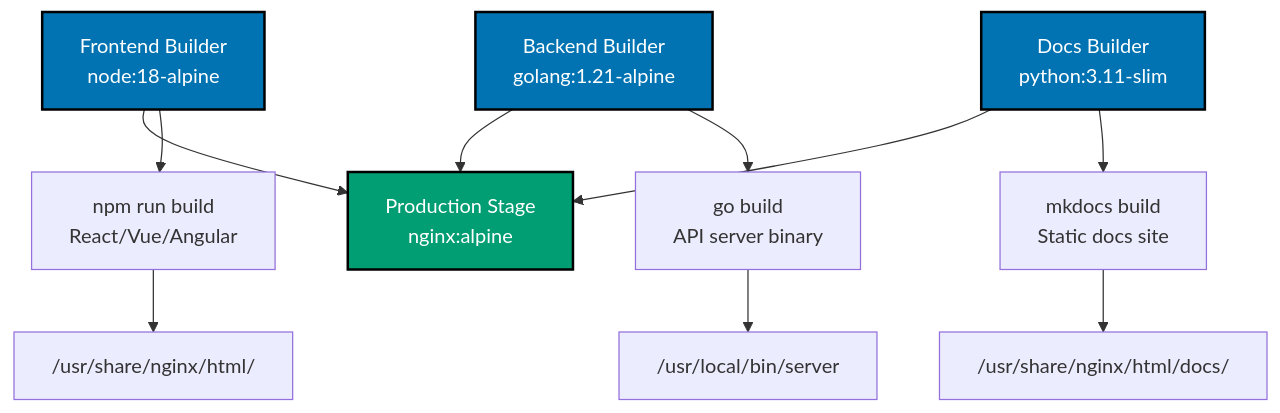
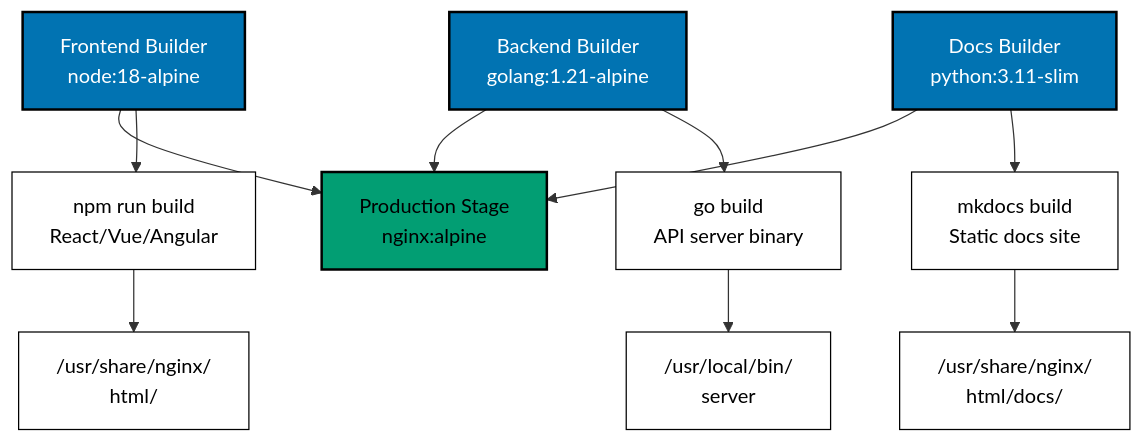
The second of 11 diagrams in apps/ayokoding-www/content/en/learn/legacy/software-engineering/infrastructure/tools/docker/by-example/intermediate.md (wahidyankf/ose-public), drawn with Mermaid before and after one commit. The commit also changed other lines of this file and 131 other files, not shown here.

First line of the commit message:
fix(mermaid): bring the legacy data, infrastructure, and testing diagrams onto the accessible palette

````diff
--- a/apps/ayokoding-www/content/en/learn/legacy/software-engineering/infrastructure/tools/docker/by-example/intermediate.md
+++ b/apps/ayokoding-www/content/en/learn/legacy/software-engineering/infrastructure/tools/docker/by-example/intermediate.md
@@ -254,19 +260,24 @@
 ```mermaid
 %% Color Palette: Blue #0173B2, Orange #DE8F05, Teal #029E73, Purple #CC78BC, Brown #CA9161
 %% Polyglot multi-stage build
 graph TD
+ accTitle: Example 30: Multi-Stage with Multiple Runtimes
+ accDescr: Graph with 10 nodes and 9 connections. Nodes: Frontend Builder node:18-alpine, Production Stage nginx:alpine, Backend Builder golang:1.21-alpine, Docs Builder python:3.11-slim, npm run build React/Vue/Angular, go build API server binary, mkdocs build Static docs site, /usr/share/nginx/ html/, /usr/local/bin/ server, /usr/share/nginx/ html/docs/. Connections: Frontend Builder node:18-alpine to Production Stage nginx:alpine, Backend Builder golang:1.21-alpine to Production Stage nginx:alpine, Docs Builder python:3.11-slim to Production Stage nginx:alpine, Frontend Builder node:18-alpine to npm run build React/Vue/Angular, Backend Builder golang:1.21-alpine to go build API server binary, Docs Builder python:3.11-slim to mkdocs build Static docs site, npm run build React/Vue/Angular to /usr/share/nginx/ html/, go build API server binary to /usr/local/bin/ server, mkdocs build Static docs site to /usr/share/nginx/ html/docs/.
  A["Frontend Builder<br/>node:18-alpine"] --> D["Production Stage<br/>nginx:alpine"]
  B["Backend Builder<br/>golang:1.21-alpine"] --> D
  C["Docs Builder<br/>python:3.11-slim"] --> D
  A --> A1["npm run build<br/>React/Vue/Angular"]
  B --> B1["go build<br/>API server binary"]
  C --> C1["mkdocs build<br/>Static docs site"]
- A1 --> D1["/usr/share/nginx/html/"]
- B1 --> D2["/usr/local/bin/server"]
- C1 --> D3["/usr/share/nginx/html/docs/"]
+ A1 --> D1["/usr/share/nginx/<br/>html/"]
+ B1 --> D2["/usr/local/bin/<br/>server"]
+ C1 --> D3["/usr/share/nginx/<br/>html/docs/"]
 
- style A fill:#0173B2,stroke:#000000,stroke-width:2px,color:#fff
- style B fill:#0173B2,stroke:#000000,stroke-width:2px,color:#fff
- style C fill:#0173B2,stroke:#000000,stroke-width:2px,color:#fff
- style D fill:#029E73,stroke:#000000,stroke-width:2px,color:#fff
+ classDef pal-0173B2 fill:#0173B2,stroke:#000000,color:#FFFFFF,stroke-width:2px
+ class A pal-0173B2
+ class B pal-0173B2
+ class C pal-0173B2
+ classDef pal-029E73 fill:#029E73,stroke:#000000,color:#000000,stroke-width:2px
+ class D pal-029E73
+ classDef default fill:#FFFFFF,stroke:#000000,color:#000000
 ```
````
